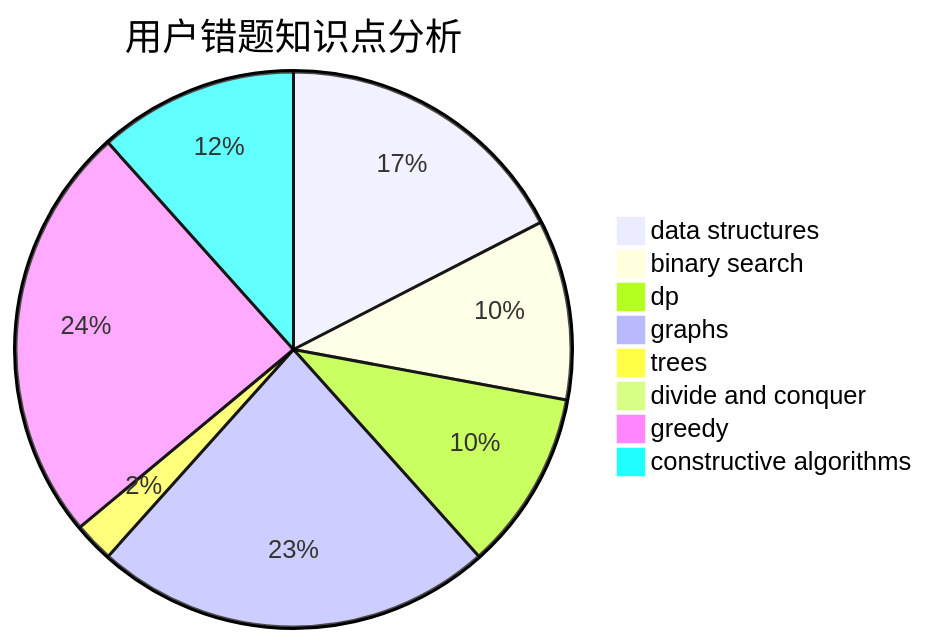
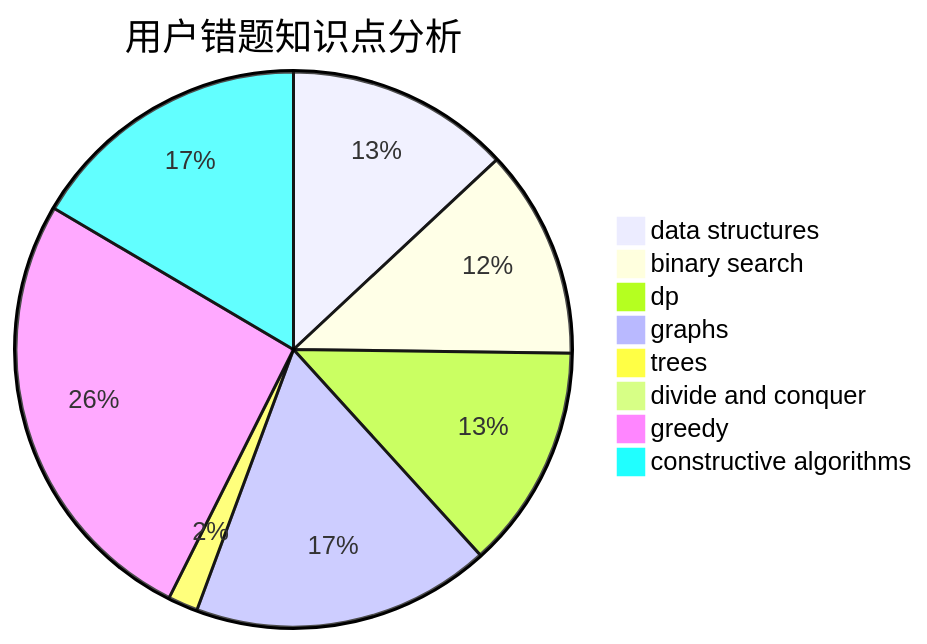
One commit to sherpahu/cfrs.github.io changed the third of 3 diagrams in docs/user/u2525.md. Above: the diagram before and after it, drawn with Mermaid. The commit also changed other lines of this file and 2770 other files, not shown here.

````diff
--- a/docs/user/u2525.md
+++ b/docs/user/u2525.md
@@ -36,11 +36,11 @@
 ```mermaid
 pie title 用户错题知识点分析
     "data structures" :  15
-    "binary search" :  9
-    "dp" :  9
+    "binary search" :  14
+    "dp" :  15
     "graphs" :  20
     "trees" :  2
     "divide and conquer" :  0
-    "greedy" :  21
-    "constructive algorithms" :  10
+    "greedy" :  30
+    "constructive algorithms" :  19
 ```
````
